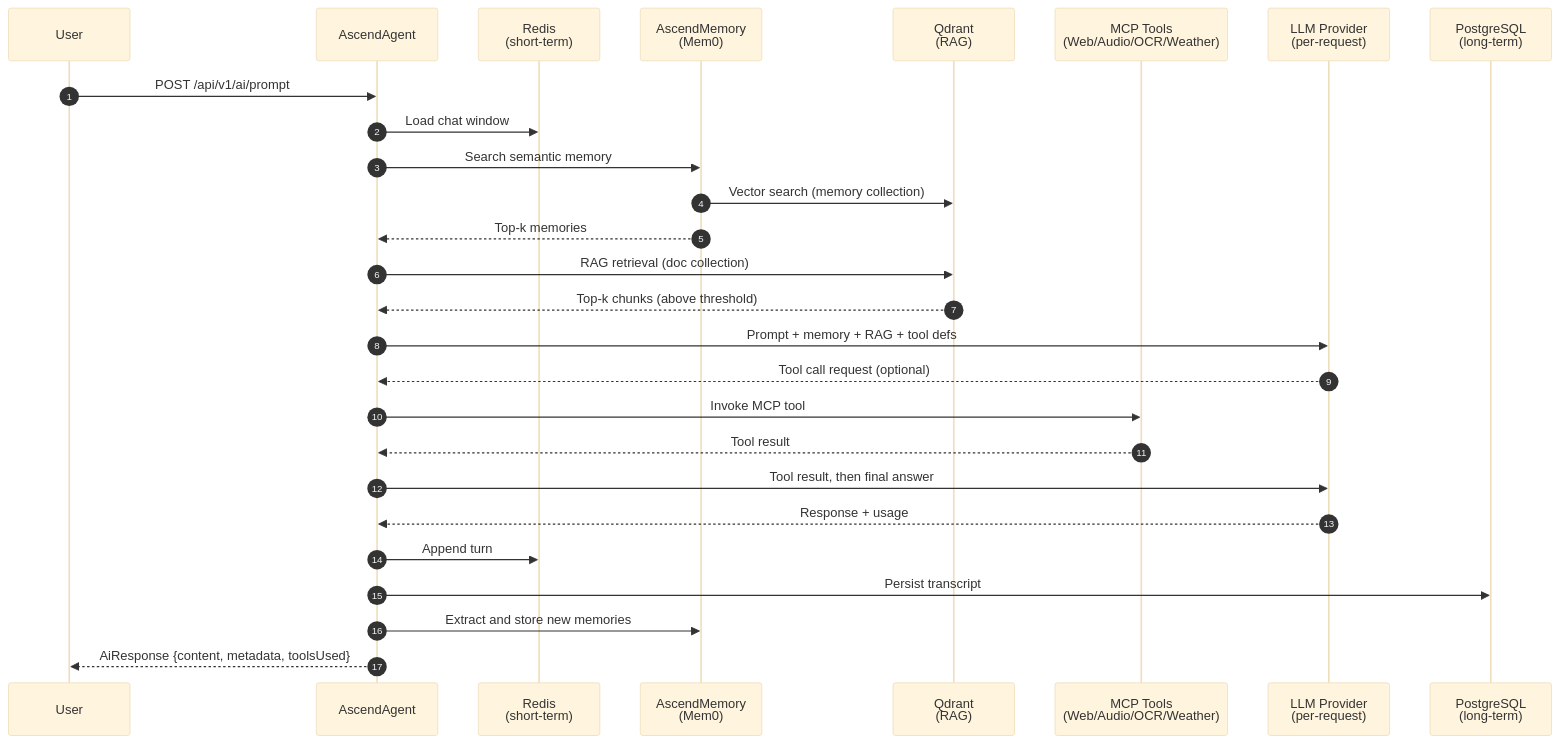
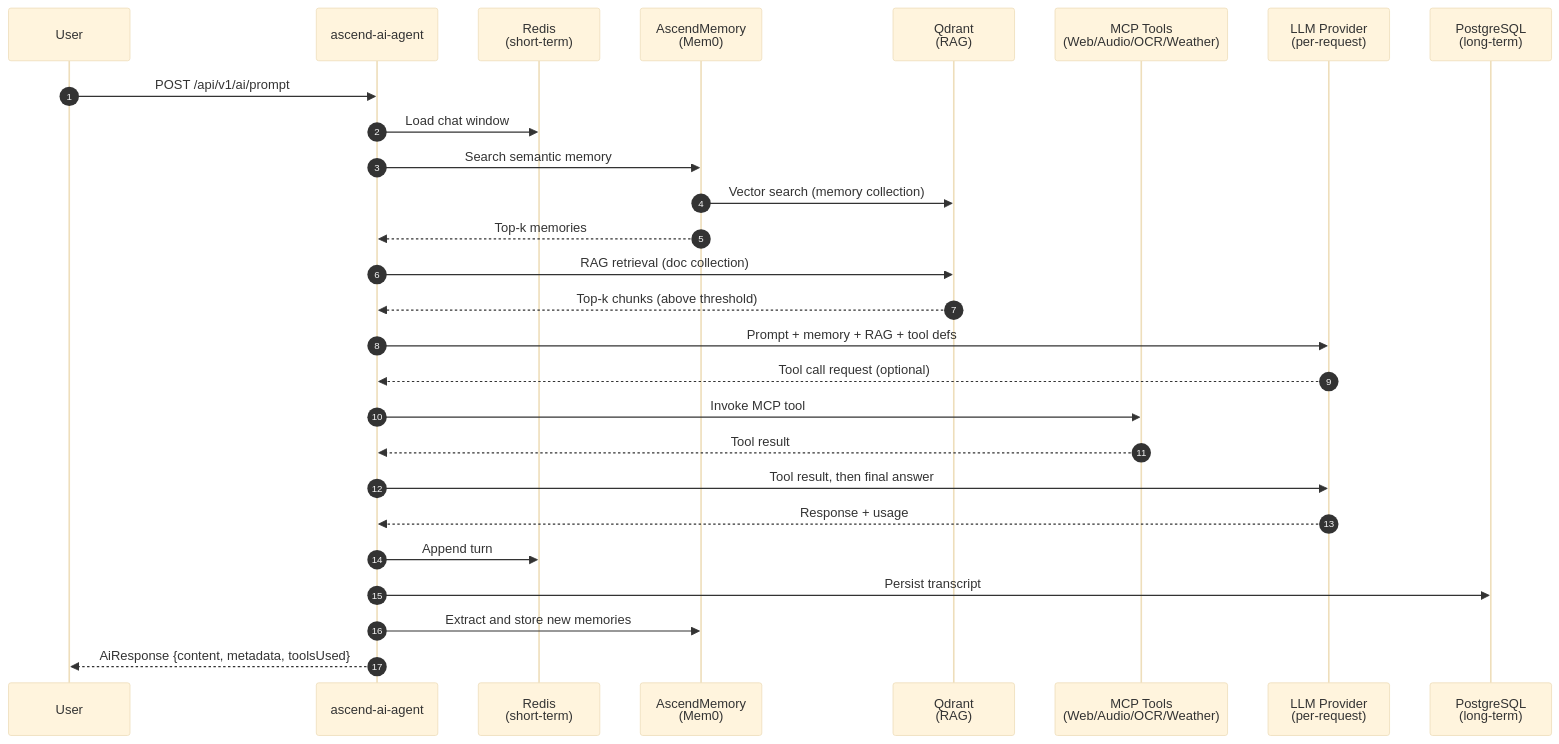
Before and after one commit to Lukk17/AscendAI: the second of 2 diagrams in README.md, drawn with Mermaid (base theme). The commit also changed other lines of this file and 1175 other files, not shown here.

````diff
--- a/README.md
+++ b/README.md
@@ -226,30 +226,30 @@
 ```mermaid
 sequenceDiagram
     autonumber
     participant U as User
-    participant A as AscendAgent
+    participant A as ascend-ai-agent
     participant R as Redis<br/>(short-term)
     participant M as AscendMemory<br/>(Mem0)
     participant Q as Qdrant<br/>(RAG)
     participant T as MCP Tools<br/>(Web/Audio/OCR/Weather)
     participant L as LLM Provider<br/>(per-request)
     participant P as PostgreSQL<br/>(long-term)
 
     U->>A: POST /api/v1/ai/prompt
     A->>R: Load chat window
     A->>M: Search semantic memory
     M->>Q: Vector search (memory collection)
     M-->>A: Top-k memories
     A->>Q: RAG retrieval (doc collection)
     Q-->>A: Top-k chunks (above threshold)
     A->>L: Prompt + memory + RAG + tool defs
     L-->>A: Tool call request (optional)
     A->>T: Invoke MCP tool
     T-->>A: Tool result
     A->>L: Tool result, then final answer
     L-->>A: Response + usage
     A->>R: Append turn
     A->>P: Persist transcript
     A->>M: Extract and store new memories
     A-->>U: AiResponse {content, metadata, toolsUsed}
 ```
````
